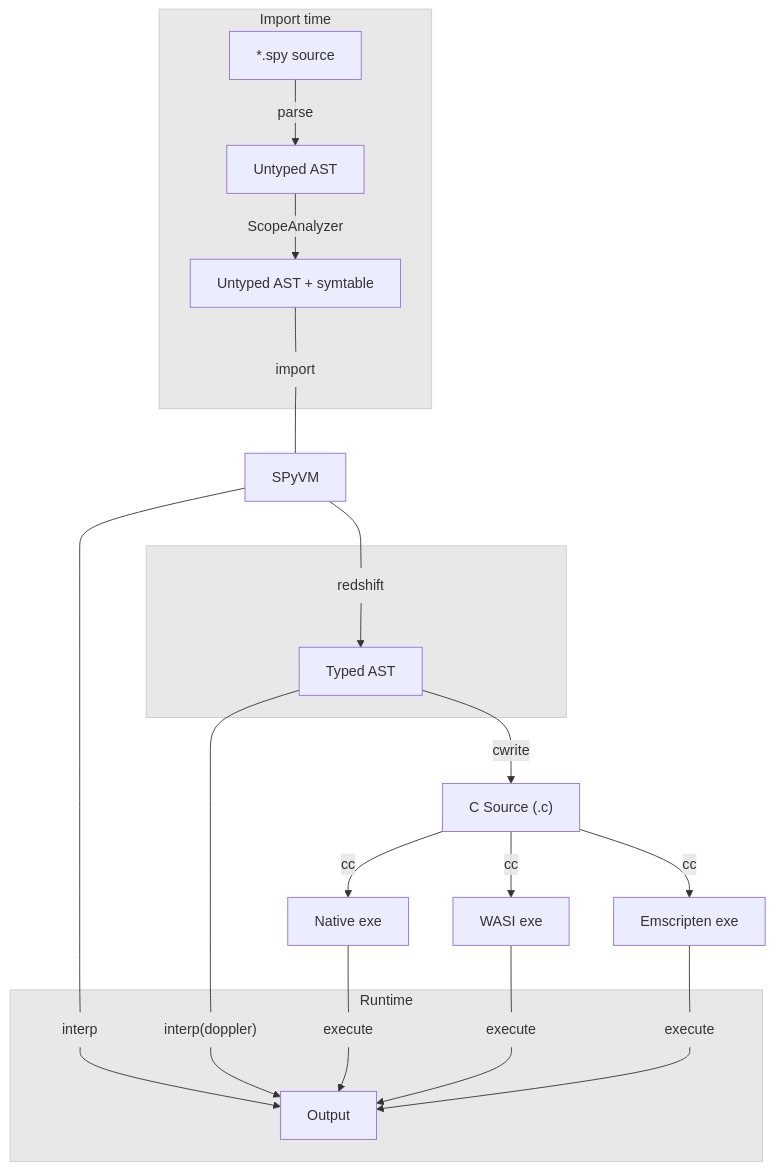
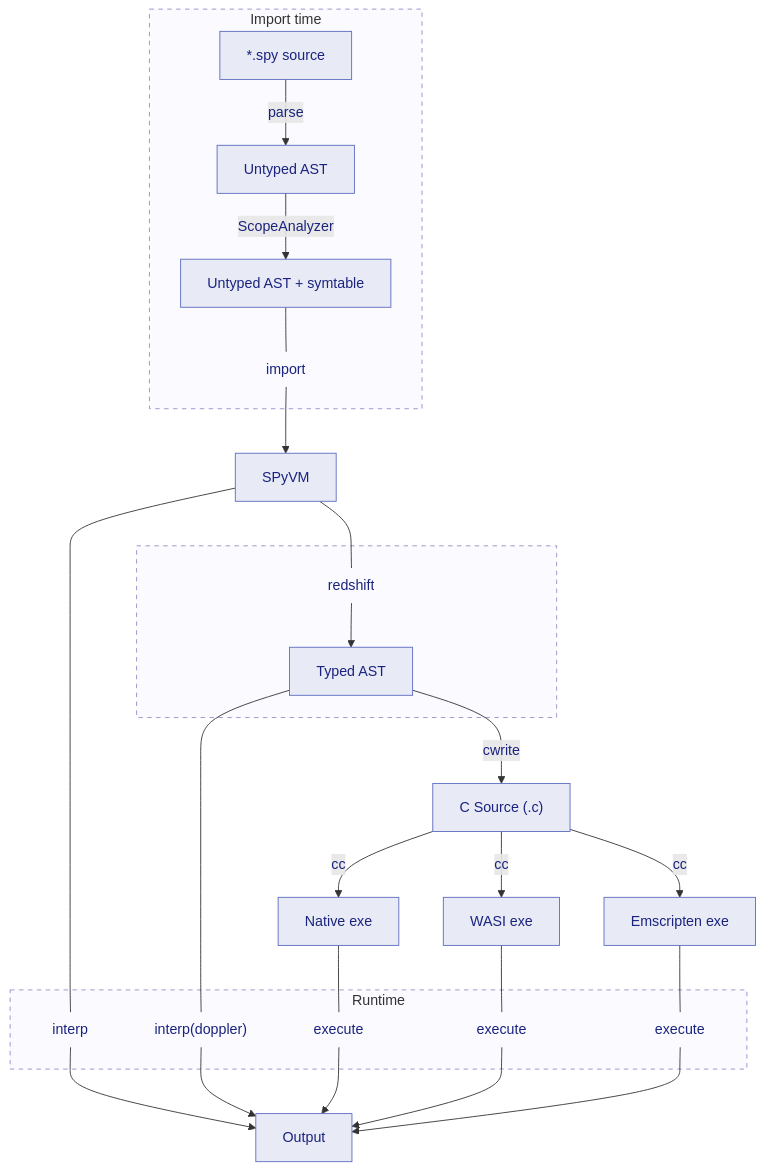
Before and after one commit to antocuni/antocuni.github.io: the diagram in blog/posts/2026/03-spy-semantics/index.md, drawn with Mermaid. The commit also changed other lines of this file, not shown here.

Commit message:
merge the two sections about phases and pipeline

````diff
--- a/blog/posts/2026/03-spy-semantics/index.md
+++ b/blog/posts/2026/03-spy-semantics/index.md
@@ -113,56 +123,53 @@
 ```mermaid
 graph TD
 
     subgraph FRONTEND["Import time"]
-        SRC["*.spy source"]
-        AST["Untyped AST"]
-        SYMAST["Untyped AST + symtable"]
+        SRC["*.spy source"]:::node
+        AST["Untyped AST"]:::node
+        SYMAST["Untyped AST + symtable"]:::node
         IMPORTLABEL(["import"]):::label
 
         SRC -- parse --> AST
         AST -- ScopeAnalyzer --> SYMAST
         SYMAST --- IMPORTLABEL
     end
 
-    SPyVM["SPyVM"]
-    IMPORTLABEL --- SPyVM
+    SPyVM["SPyVM"]:::node
+    IMPORTLABEL --> SPyVM
 
     subgraph RS[" "]
         RSLABEL(["redshift"]):::label
-        REDSHIFTED["Typed AST"]
-        RSLABEL --> REDSHIFTED
+        REDSHIFTED["Typed AST"]:::node
     end
 
-    C["C Source (.c)"]
-    EXE_NAT["Native exe"]
-    EXE_WASI["WASI exe"]
-    EXE_EM["Emscripten exe"]
+    C["C Source (.c)"]:::node
+    EXE_NAT["Native exe"]:::node
+    EXE_WASI["WASI exe"]:::node
+    EXE_EM["Emscripten exe"]:::node
 
     subgraph RT["Runtime"]
         INTERP(["interp"]):::label
         DOPPLER(["interp(doppler)"]):::label
         EXECUTE_NAT(["execute"]):::label
         EXECUTE_WASI(["execute"]):::label
         EXECUTE_EM(["execute"]):::label
-        OUT["Output"]
-        INTERP --> OUT
-        DOPPLER --> OUT
-        EXECUTE_NAT --> OUT
-        EXECUTE_WASI --> OUT
-        EXECUTE_EM --> OUT
     end
 
-    SPyVM --- INTERP
-    SPyVM --- RSLABEL
+    OUT["Output"]:::node
+    SPyVM --- INTERP --> OUT
+
+    SPyVM --- RSLABEL --> REDSHIFTED
     REDSHIFTED -- cwrite --> C
-    REDSHIFTED --- DOPPLER
+    REDSHIFTED --- DOPPLER --> OUT
 
-    C -- cc --> EXE_NAT --- EXECUTE_NAT
-    C -- cc --> EXE_WASI --- EXECUTE_WASI
-    C -- cc --> EXE_EM --- EXECUTE_EM
+    C -- cc --> EXE_NAT --- EXECUTE_NAT --> OUT
+    C -- cc --> EXE_WASI --- EXECUTE_WASI --> OUT
+    C -- cc --> EXE_EM --- EXECUTE_EM --> OUT
 
-    style RS fill:#e8e8e8,stroke:#ccc
-    style RT fill:#e8e8e8,stroke:#ccc
-    style FRONTEND fill:#e8e8e8,stroke:#ccc
-    classDef label fill:#e8e8e8,stroke:none,color:#333;
+    style FRONTEND fill:#fafaff,stroke:#9090cc,stroke-dasharray:5 5
+    style RS fill:#fafaff,stroke:#9090cc,stroke-dasharray:5 5
+    style RT fill:#fafaff,stroke:#9090cc,stroke-dasharray:5 5
+
+    classDef node fill:#e8eaf6,stroke:#5c6bc0,color:#1a237e;
+    classDef label fill:#fafaff,stroke:none,color:#1a237e;
 ```
````
